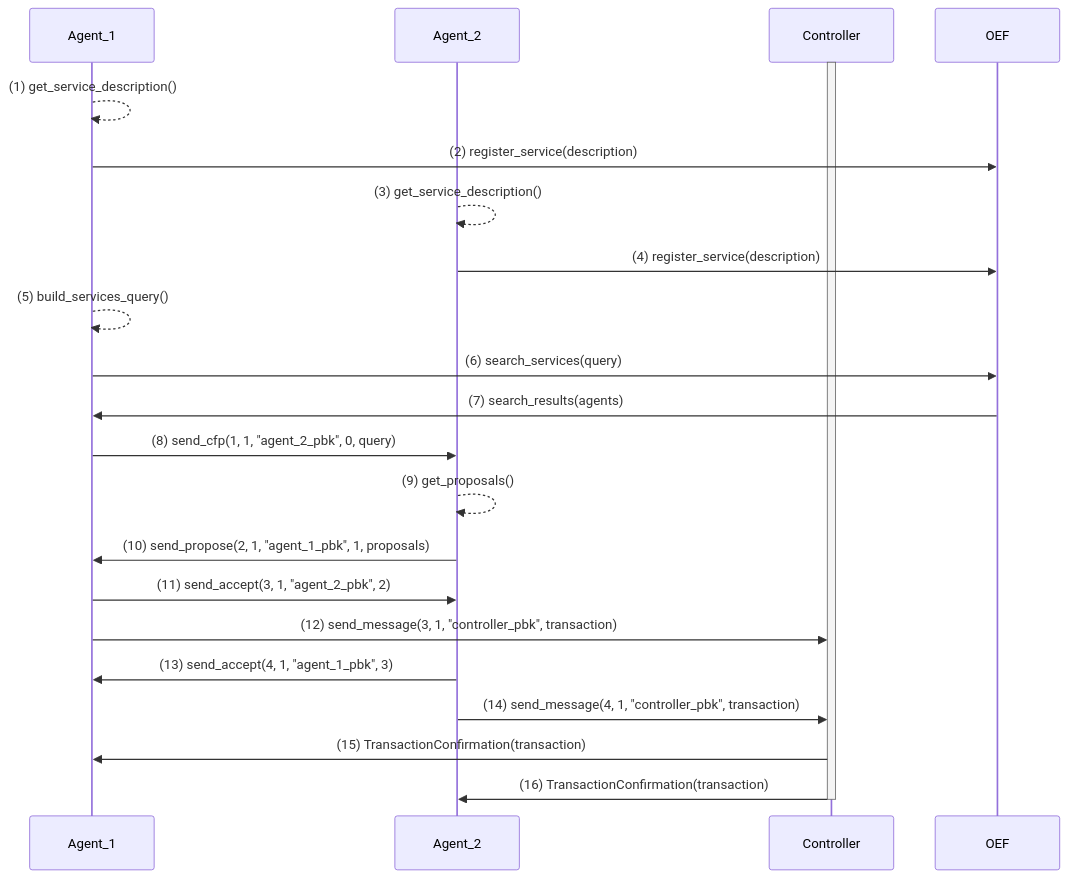
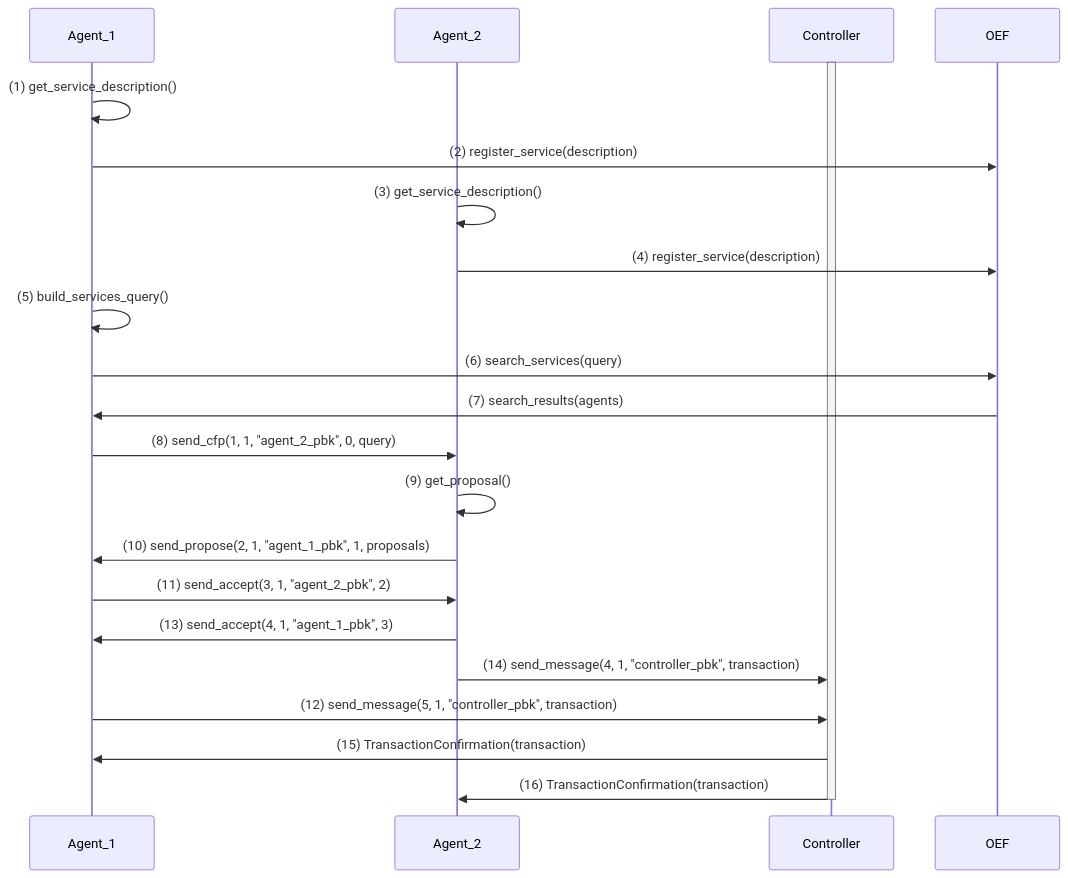
One commit to fetchai/agents-tac changed the diagram in docs/diagrams/negotiation-guide/summary.mmd. Above: the diagram before and after it, drawn with Mermaid. The commit also changed 12 other files, not shown here.

```diff
--- a/docs/diagrams/negotiation-guide/summary.mmd
+++ b/docs/diagrams/negotiation-guide/summary.mmd
@@ -1,40 +1,41 @@
 sequenceDiagram
 
     participant Agent_1
 
     participant Agent_2
 
     participant Controller
 
     participant OEF
 
 
 
     activate Controller
 
-    Agent_1-->>Agent_1: (1) get_service_description()
+    Agent_1->>Agent_1: (1) get_service_description()
     Agent_1->>OEF: (2) register_service(description)
 
-    Agent_2-->>Agent_2: (3) get_service_description()
+    Agent_2->>Agent_2: (3) get_service_description()
     Agent_2->>OEF: (4) register_service(description)
 
-    Agent_1-->>Agent_1: (5) build_services_query()
+    Agent_1->>Agent_1: (5) build_services_query()
     Agent_1->>OEF: (6) search_services(query)
 
     OEF->>Agent_1: (7) search_results(agents)
 
     Agent_1->>Agent_2: (8) send_cfp(1, 1, "agent_2_pbk", 0, query)
-    Agent_2-->>Agent_2: (9) get_proposals()
+    Agent_2->>Agent_2: (9) get_proposal()
 
     Agent_2->>Agent_1: (10) send_propose(2, 1, "agent_1_pbk", 1, proposals)
 
     Agent_1->>Agent_2: (11) send_accept(3, 1, "agent_2_pbk", 2)
-    Agent_1->>Controller: (12) send_message(3, 1, "controller_pbk", transaction)
 
     Agent_2->>Agent_1: (13) send_accept(4, 1, "agent_1_pbk", 3)
     Agent_2->>Controller: (14) send_message(4, 1, "controller_pbk", transaction)
+
+    Agent_1->>Controller: (12) send_message(5, 1, "controller_pbk", transaction)
 
     Controller->>Agent_1: (15) TransactionConfirmation(transaction)
     Controller->>Agent_2: (16) TransactionConfirmation(transaction)
 
     deactivate Controller
```
